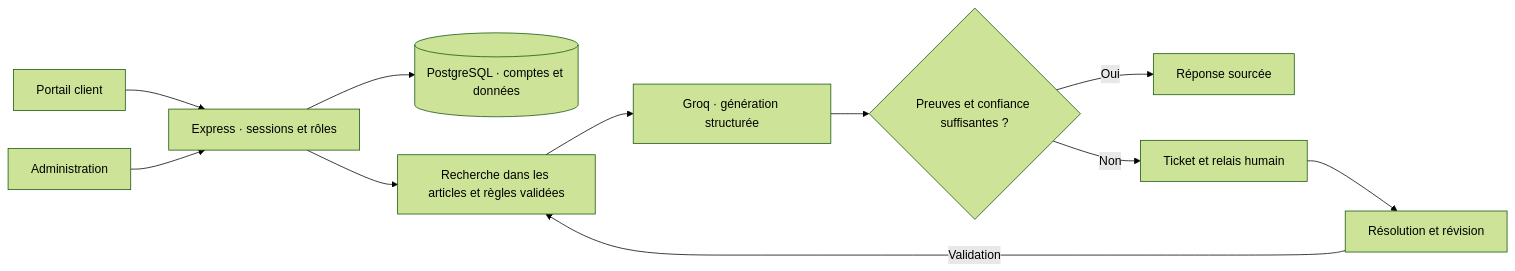
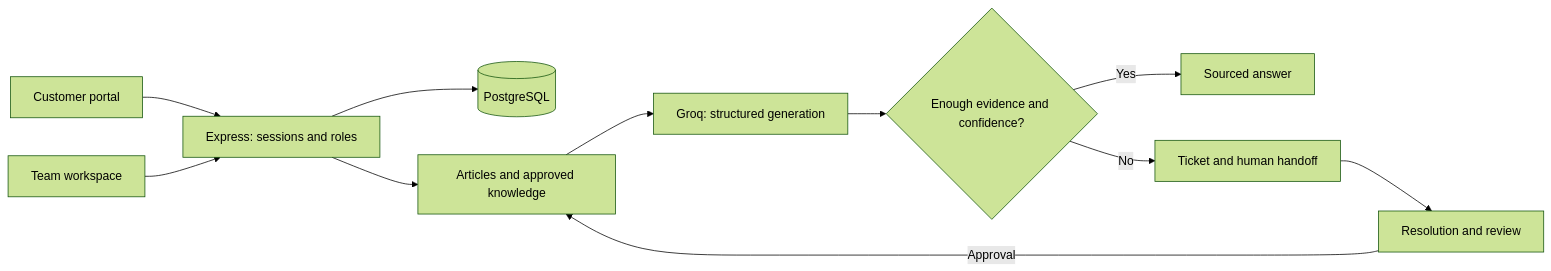
One commit to toaandri/support-loop changed the diagram in README.md. Above: the diagram before and after it, drawn with Mermaid (forest theme). The commit also changed other lines of this file and 41 other files, not shown here.

````diff
--- a/README.md
+++ b/README.md
@@ -123,13 +96,13 @@
 ```mermaid
 flowchart LR
-    C[Portail client] --> API[Express · sessions et rôles]
-    H[Administration] --> API
-    API --> PG[(PostgreSQL · comptes et données)]
-    API --> K[Recherche dans les articles et règles validées]
-    K --> G[Groq · génération structurée]
-    G --> R{Preuves et confiance suffisantes ?}
-    R -->|Oui| A[Réponse sourcée]
-    R -->|Non| T[Ticket et relais humain]
-    T --> V[Résolution et révision]
-    V -->|Validation| K
+    C[Customer portal] --> API[Express: sessions and roles]
+    H[Team workspace] --> API
+    API --> PG[(PostgreSQL)]
+    API --> K[Articles and approved knowledge]
+    K --> G[Groq: structured generation]
+    G --> R{Enough evidence and confidence?}
+    R -->|Yes| A[Sourced answer]
+    R -->|No| T[Ticket and human handoff]
+    T --> V[Resolution and review]
+    V -->|Approval| K
 ```
````
